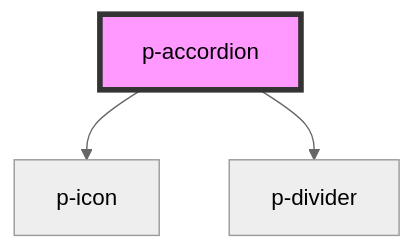
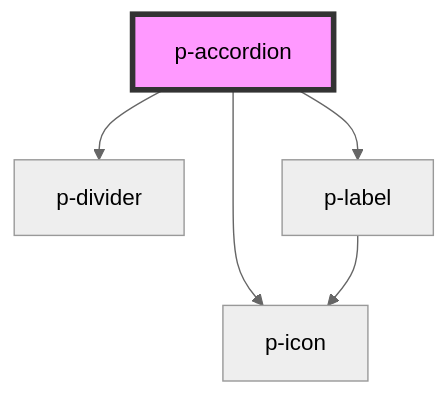
The diagram in packages/core/src/components/molecules/accordion/readme.md (Employes/Paperless), drawn with Mermaid (neutral theme) before and after one commit. The commit also changed other lines of this file and 6 other files, not shown here.

````diff
--- a/packages/core/src/components/molecules/accordion/readme.md
+++ b/packages/core/src/components/molecules/accordion/readme.md
@@ -34,6 +38,8 @@
 ```mermaid
 graph TD;
   p-accordion --> p-icon
   p-accordion --> p-divider
+  p-accordion --> p-label
+  p-label --> p-icon
   style p-accordion fill:#f9f,stroke:#333,stroke-width:4px
 ```
````
